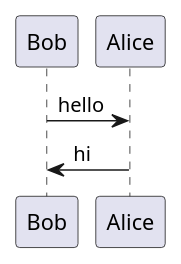
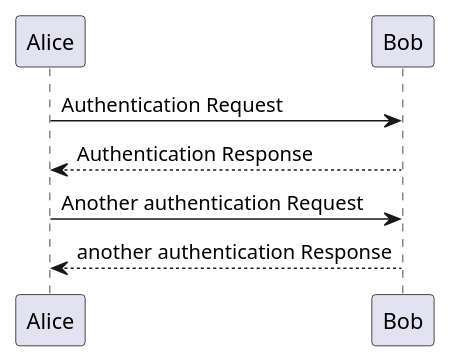
Before and after one commit to Corey-Peyton/jwt-auth-web-api-sandbox: the second of 2 diagrams in README.md, drawn with PlantUML. The commit also changed other lines of this file, not shown here.

Commit message:
1er Jet PlantUML

````diff
--- a/README.md
+++ b/README.md
@@ -185,4 +138,9 @@
 ```plantuml
-Bob -> Alice : hello
-Alice -> Bob : hi
+@startuml
+Alice -> Bob: Authentication Request
+Bob --> Alice: Authentication Response
+
+Alice -> Bob: Another authentication Request
+Alice <-- Bob: another authentication Response
+@enduml
 ```
````
